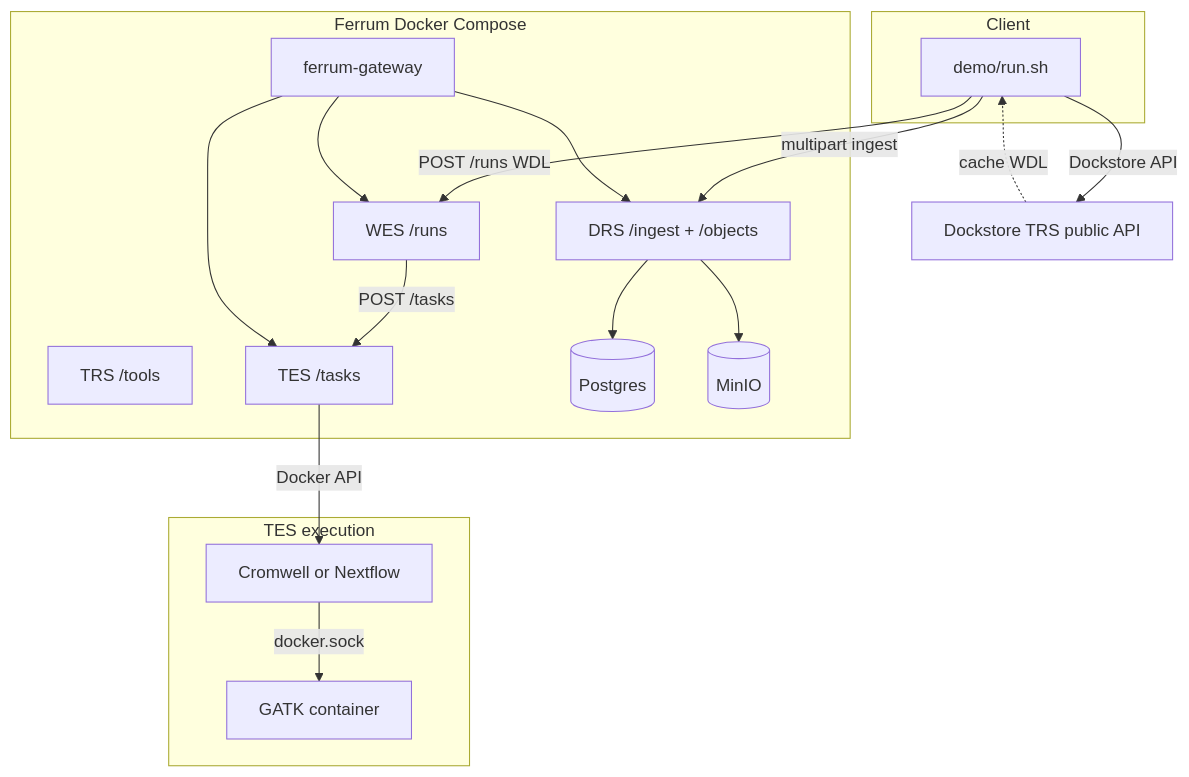
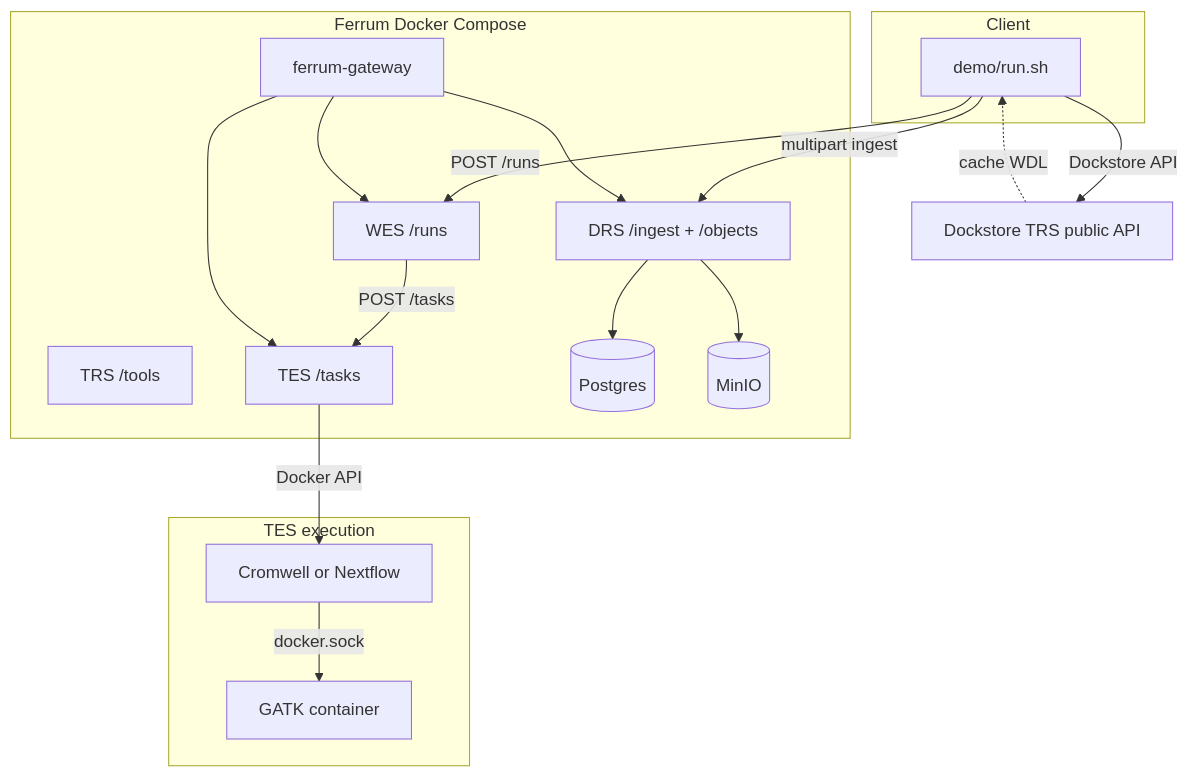
Before and after one commit to SynapticFour/Ferrum-GA4GH-Demo: the diagram in docs/architecture.md, drawn with Mermaid. The commit also changed other lines of this file and 4 other files, not shown here.

First line of the commit message:
docs: consolidate to README + architecture + benchmark

````diff
--- a/docs/architecture.md
+++ b/docs/architecture.md
@@ -5,31 +16,31 @@
 ```mermaid
 flowchart TB
   subgraph Client
     R[demo/run.sh]
   end
   subgraph FerrumStack[Ferrum Docker Compose]
     G[ferrum-gateway]
     DRS[DRS /ingest + /objects]
     TRS[TRS /tools]
     WES[WES /runs]
     TES[TES /tasks]
     PG[(Postgres)]
     S3[(MinIO)]
   end
   subgraph Exec[TES execution]
     C[Cromwell or Nextflow]
     GK[GATK container]
   end
   R -->|multipart ingest| DRS
   R -->|Dockstore API| TRSnote[Dockstore TRS public API]
   TRSnote -.->|cache WDL| R
-  R -->|POST /runs WDL| WES
+  R -->|POST /runs| WES
   WES -->|POST /tasks| TES
   TES -->|Docker API| C
   C -->|docker.sock| GK
   DRS --> PG
   DRS --> S3
   G --> DRS
   G --> WES
   G --> TES
 ```
````
